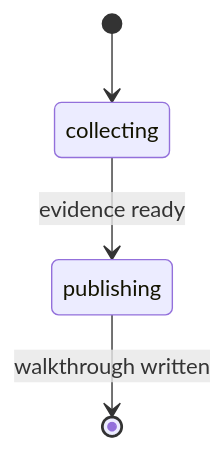
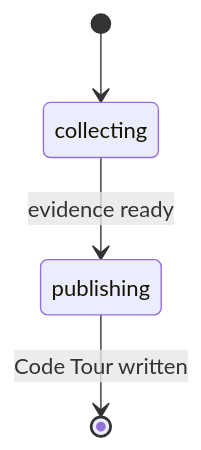
One commit to rp1-run/rp1 changed the diagram in docs/reference/dev/pr-walkthrough.md. Above: the diagram before and after it, drawn with Mermaid. The commit also changed other lines of this file and 14 other files, not shown here.

````diff
--- a/docs/reference/dev/pr-walkthrough.md
+++ b/docs/reference/dev/pr-walkthrough.md
@@ -61,6 +61,6 @@
 ```mermaid
 stateDiagram-v2
     [*] --> collecting
     collecting --> publishing : evidence ready
-    publishing --> [*] : walkthrough written
+    publishing --> [*] : Code Tour written
 ```
````
